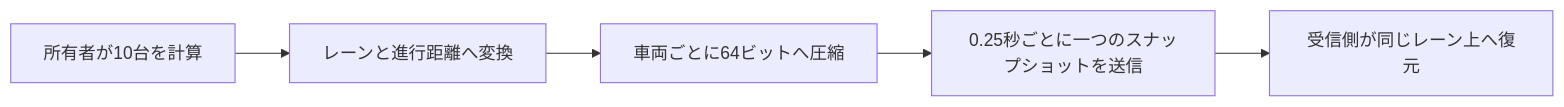
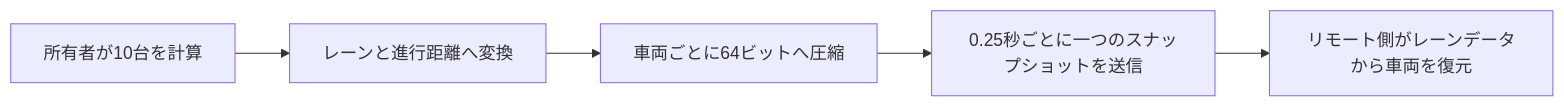
Before and after one commit to hjcud/Shinjuku-Live-Street: the diagram in Docs/optimization.ja.md, drawn with Mermaid. The commit also changed other lines of this file and 11 other files, not shown here.

````diff
--- a/Docs/optimization.ja.md
+++ b/Docs/optimization.ja.md
@@ -90,7 +80,7 @@
 ```mermaid
 flowchart LR
     A[所有者が10台を計算] --> B[レーンと進行距離へ変換]
     B --> C[車両ごとに64ビットへ圧縮]
     C --> D[0.25秒ごとに一つのスナップショットを送信]
-    D --> E[受信側が同じレーン上へ復元]
+    D --> E[リモート側がレーンデータから車両を復元]
 ```
````
